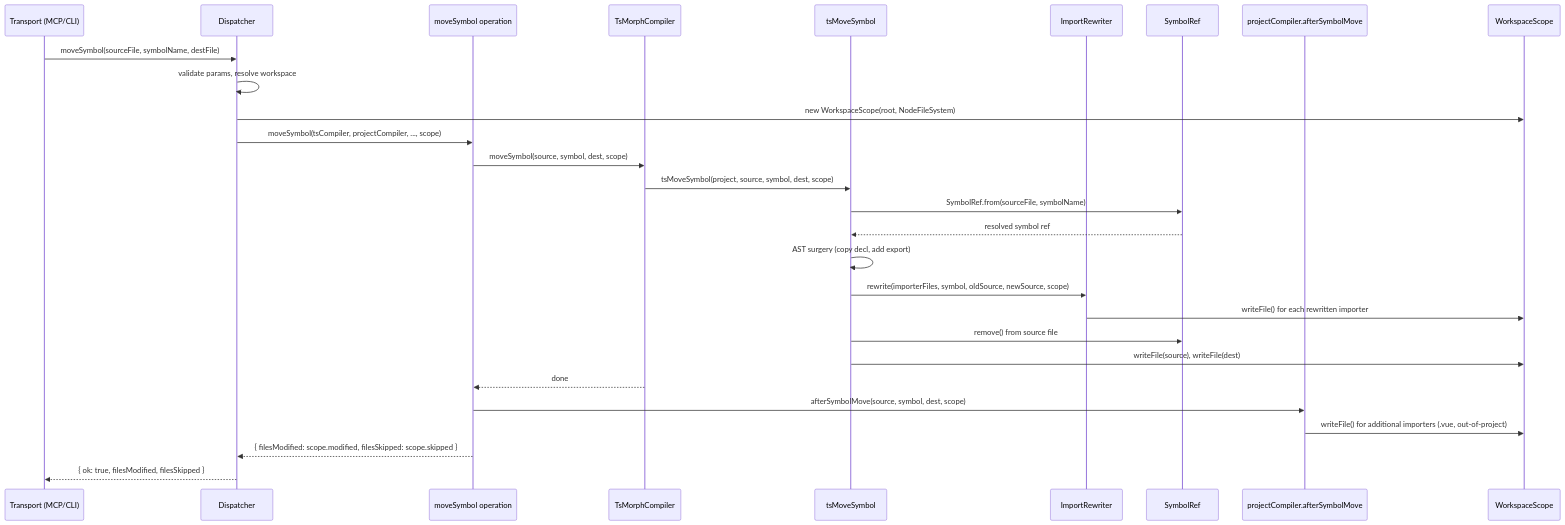
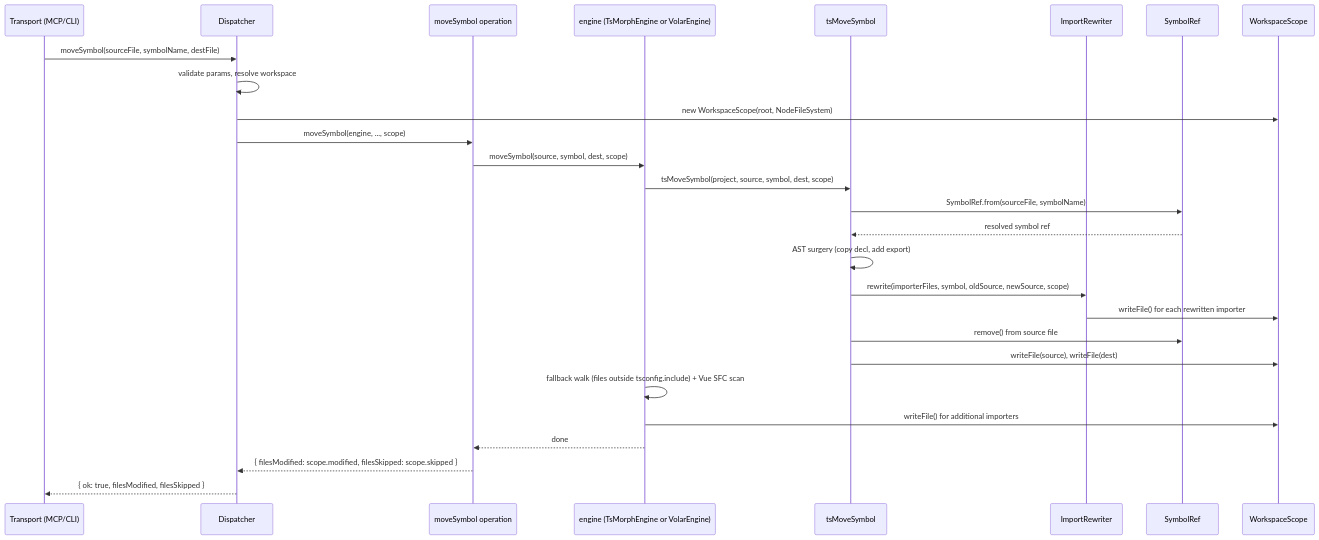
One commit to yearofthedan/weaver changed the second of 2 diagrams in docs/architecture.md. Above: the diagram before and after it, drawn with Mermaid. The commit also changed other lines of this file and 4 other files, not shown here.

First line of the commit message:
docs: archive moveSymbol engine layer spec and update architecture

````diff
--- a/docs/architecture.md
+++ b/docs/architecture.md
@@ -122,31 +122,30 @@
 ```mermaid
 sequenceDiagram
     participant T as Transport (MCP/CLI)
     participant D as Dispatcher
     participant O as moveSymbol operation
-    participant C as TsMorphCompiler
+    participant E as engine (TsMorphEngine or VolarEngine)
     participant TMS as tsMoveSymbol
     participant IR as ImportRewriter
     participant SR as SymbolRef
-    participant PC as projectCompiler.afterSymbolMove
     participant WS as WorkspaceScope
 
     T->>D: moveSymbol(sourceFile, symbolName, destFile)
     D->>D: validate params, resolve workspace
     D->>WS: new WorkspaceScope(root, NodeFileSystem)
-    D->>O: moveSymbol(tsCompiler, projectCompiler, ..., scope)
-    O->>C: moveSymbol(source, symbol, dest, scope)
-    C->>TMS: tsMoveSymbol(project, source, symbol, dest, scope)
+    D->>O: moveSymbol(engine, ..., scope)
+    O->>E: moveSymbol(source, symbol, dest, scope)
+    E->>TMS: tsMoveSymbol(project, source, symbol, dest, scope)
     TMS->>SR: SymbolRef.from(sourceFile, symbolName)
     SR-->>TMS: resolved symbol ref
     TMS->>TMS: AST surgery (copy decl, add export)
     TMS->>IR: rewrite(importerFiles, symbol, oldSource, newSource, scope)
     IR->>WS: writeFile() for each rewritten importer
     TMS->>SR: remove() from source file
     TMS->>WS: writeFile(source), writeFile(dest)
-    C-->>O: done
-    O->>PC: afterSymbolMove(source, symbol, dest, scope)
-    PC->>WS: writeFile() for additional importers (.vue, out-of-project)
+    E->>E: fallback walk (files outside tsconfig.include) + Vue SFC scan
+    E->>WS: writeFile() for additional importers
+    E-->>O: done
     O-->>D: { filesModified: scope.modified, filesSkipped: scope.skipped }
     D-->>T: { ok: true, filesModified, filesSkipped }
 ```
````
